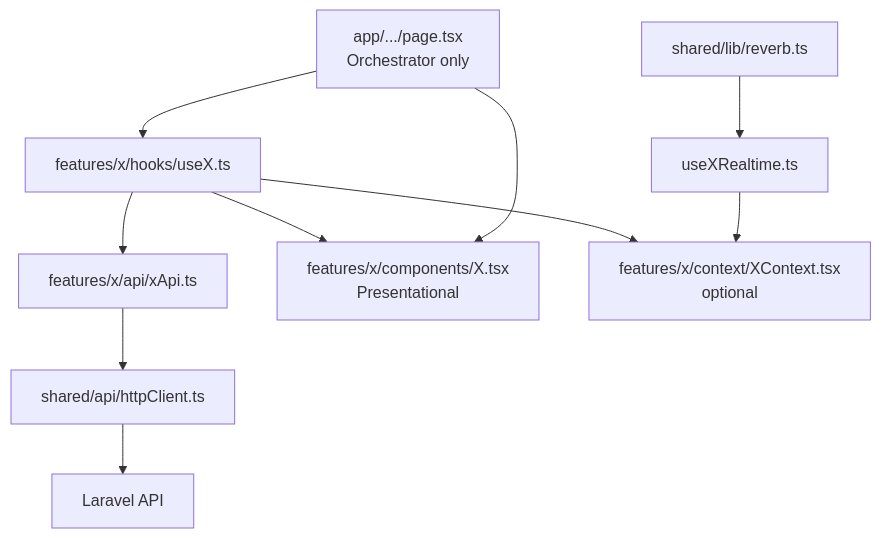
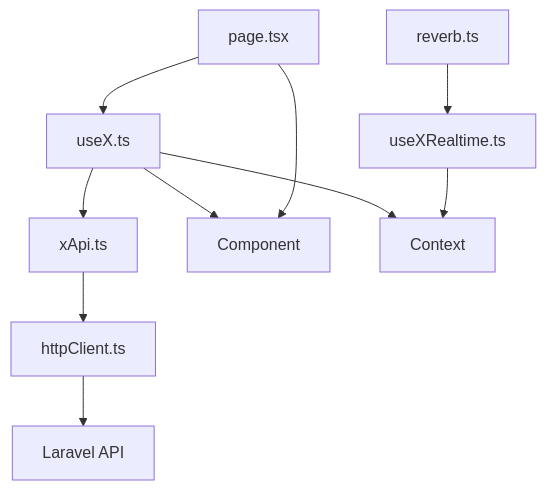
The second of 3 diagrams in doc/constitution.md (Shahrokh1383/larablog), drawn with Mermaid before and after one commit. The commit also changed other lines of this file, not shown here.

````diff
--- a/doc/constitution.md
+++ b/doc/constitution.md
@@ -252,12 +218,12 @@
 ```mermaid
 flowchart TD
-    PG[app/.../page.tsx<br/>Orchestrator only] --> HK[features/x/hooks/useX.ts]
-    HK --> API[features/x/api/xApi.ts]
-    API --> HTTP[shared/api/httpClient.ts]
+    PG[page.tsx] --> HK[useX.ts]
+    HK --> API[xApi.ts]
+    API --> HTTP[httpClient.ts]
     HTTP --> BE[Laravel API]
-    HK --> CMP[features/x/components/X.tsx<br/>Presentational]
+    HK --> CMP[Component]
     PG --> CMP
-    HK --> CTX[features/x/context/XContext.tsx<br/>optional]
-    RV[shared/lib/reverb.ts] --> HRT[useXRealtime.ts]
+    HK --> CTX[Context]
+    RV[reverb.ts] --> HRT[useXRealtime.ts]
     HRT --> CTX
 ```
````
